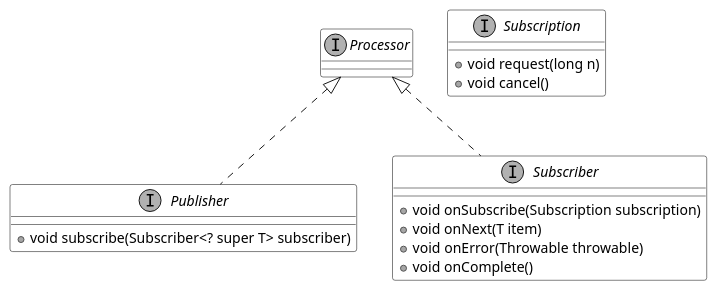
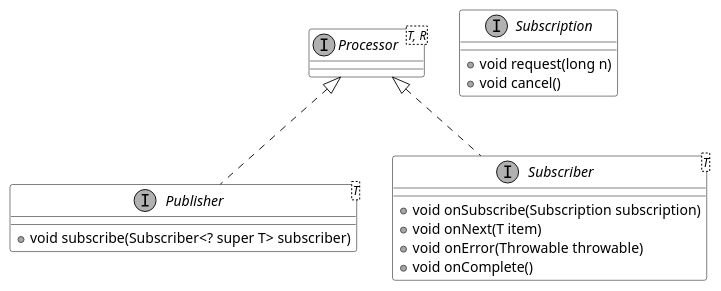
Before and after one commit to ti-cortex-m4/demo-java-reactive-streams-old: the diagram in images/diagram2.puml, drawn with PlantUML. The commit also changed 2 other files, not shown here.

```diff
--- a/images/diagram2.puml
+++ b/images/diagram2.puml
@@ -1,33 +1,33 @@
 @startuml
 
 scale 1.0
 set namespaceSeparator none
 
 skinparam monochrome true
 skinparam ClassBackgroundColor white
 skinparam ClassBorderColor black
 skinparam CircledCharacterFontStyle normal
 
-interface Publisher {
+interface Publisher<T> {
 + void subscribe(Subscriber<? super T> subscriber)
 }
 
-interface Subscriber {
+interface Subscriber<T> {
 + void onSubscribe(Subscription subscription)
 + void onNext(T item)
 + void onError(Throwable throwable)
 + void onComplete()
 }
 
 interface Subscription {
 + void request(long n)
 + void cancel()
 }
 
-interface Processor {
+interface Processor<T, R> {
 }
 
 Processor <|.. Publisher
 Processor <|.. Subscriber
 
 @enduml
```
